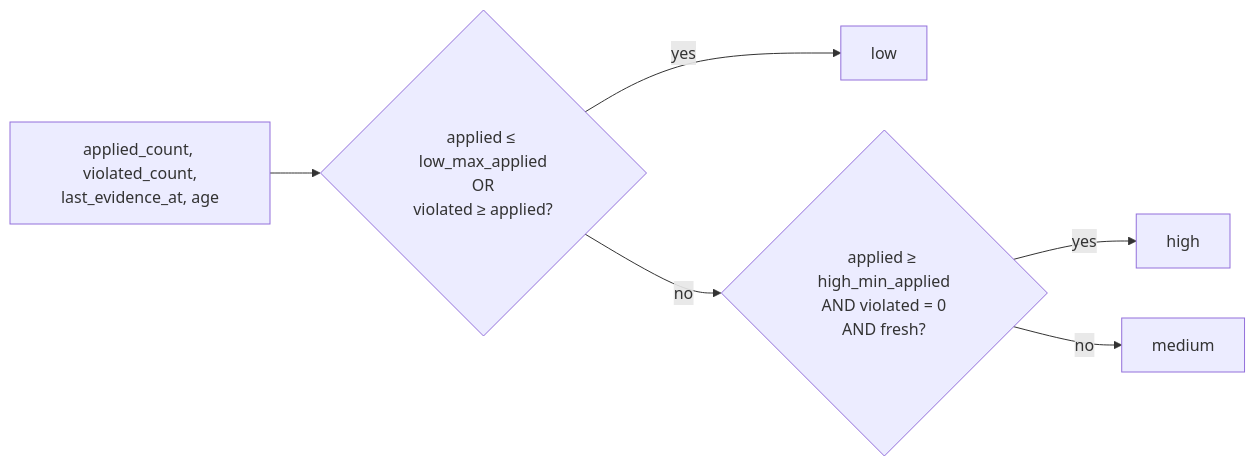
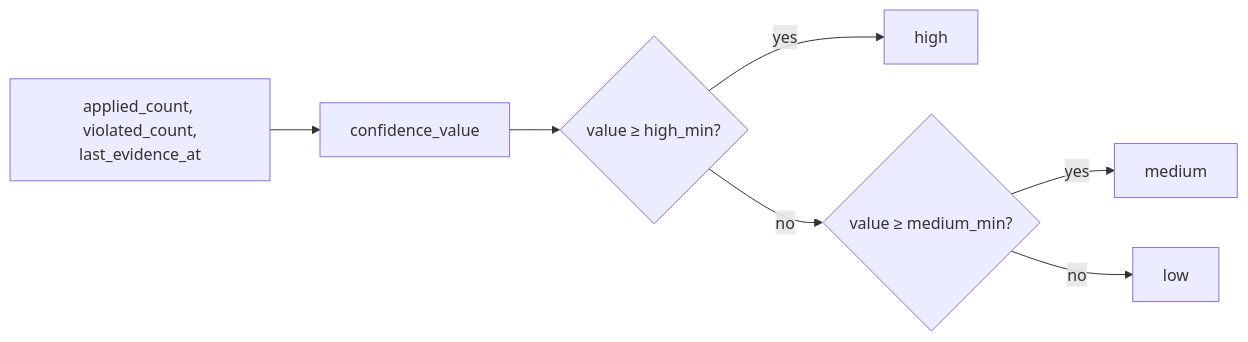
One commit to itechmeat/open-second-brain changed the sixth of 13 diagrams in docs/how-it-works.md. Above: the diagram before and after it, drawn with Mermaid. The commit also changed other lines of this file and 86 other files, not shown here.

````diff
--- a/docs/how-it-works.md
+++ b/docs/how-it-works.md
@@ -458,9 +458,9 @@
 ```mermaid
 flowchart LR
-    Inputs[applied_count, violated_count,<br/>last_evidence_at, age] --> Q1
-    Q1{applied ≤ low_max_applied<br/>OR<br/>violated ≥ applied?}
-    Q1 -- yes --> Low[low]
-    Q1 -- no --> Q2{applied ≥ high_min_applied<br/>AND violated = 0<br/>AND fresh?}
-    Q2 -- yes --> High[high]
-    Q2 -- no --> Medium[medium]
+    Inputs[applied_count, violated_count,<br/>last_evidence_at] --> Value[confidence_value]
+    Value --> Q1{value ≥ high_min?}
+    Q1 -- yes --> High[high]
+    Q1 -- no --> Q2{value ≥ medium_min?}
+    Q2 -- yes --> Medium[medium]
+    Q2 -- no --> Low[low]
 ```
````
